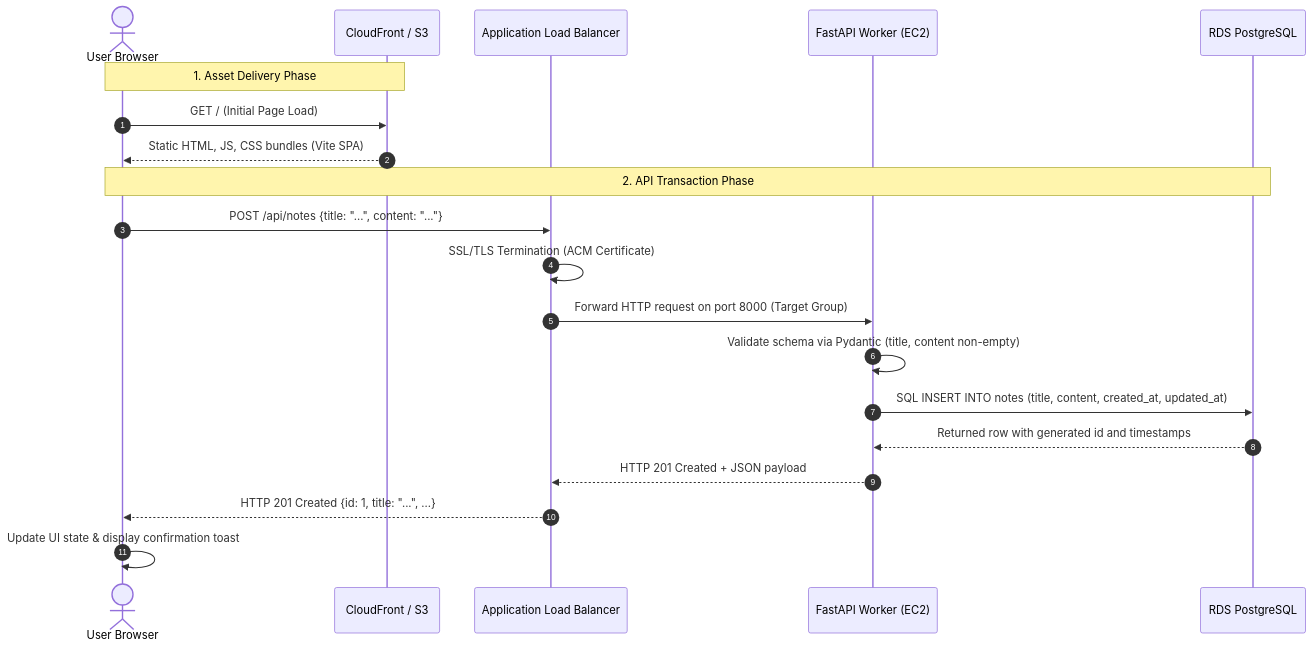
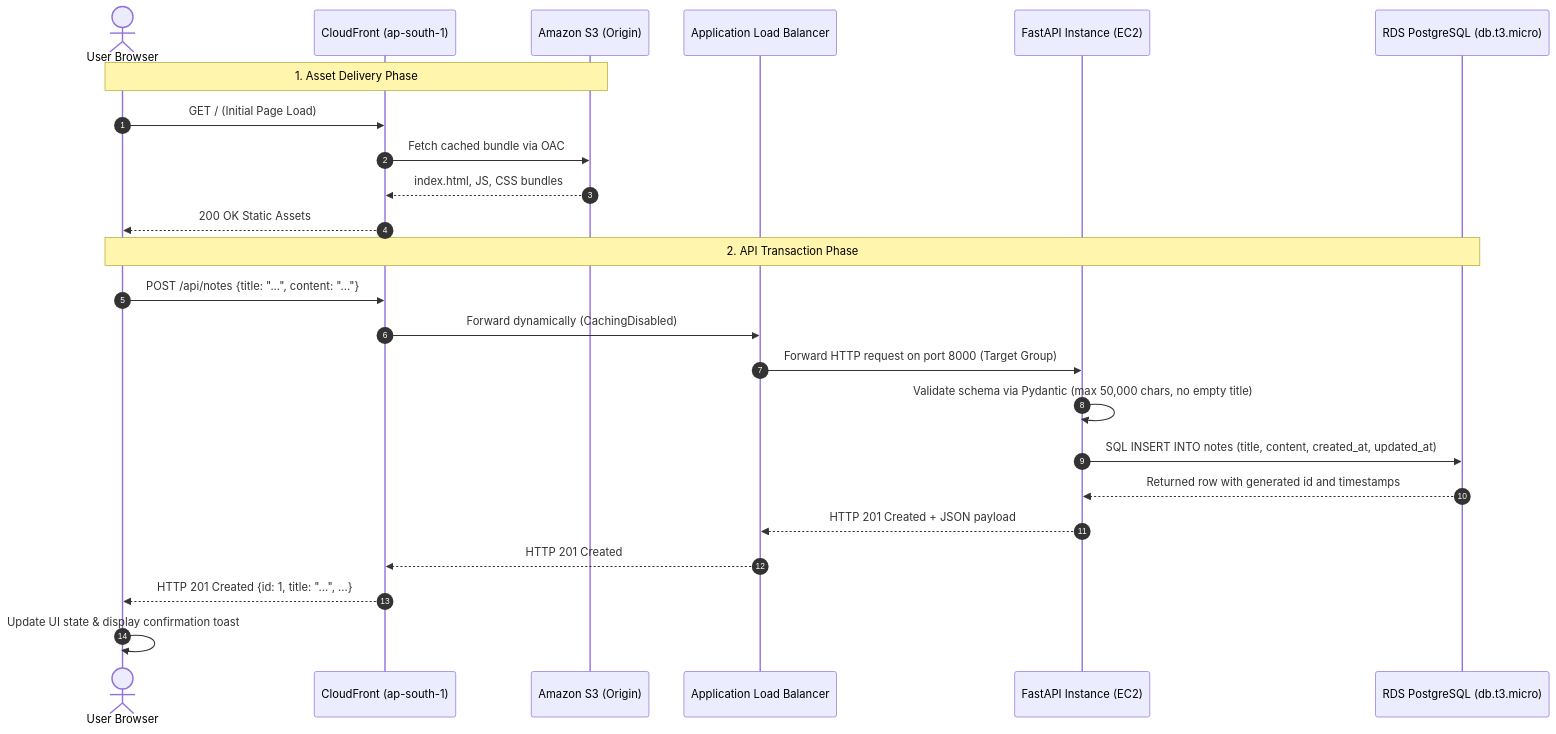
The third of 4 diagrams in docs/ARCHITECTURE.md (Leuizack77/Professional-Level-Cloud-Web-Application), drawn with Mermaid before and after one commit. The commit also changed other lines of this file and 11 other files, not shown here.

````diff
--- a/docs/ARCHITECTURE.md
+++ b/docs/ARCHITECTURE.md
@@ -68,26 +119,30 @@
 ```mermaid
 sequenceDiagram
     autonumber
     actor User as User Browser
-    participant CDN as CloudFront / S3
+    participant CF as CloudFront (ap-south-1)
+    participant S3 as Amazon S3 (Origin)
     participant ALB as Application Load Balancer
-    participant EC2 as FastAPI Worker (EC2)
-    participant RDS as RDS PostgreSQL
+    participant EC2 as FastAPI Instance (EC2)
+    participant RDS as RDS PostgreSQL (db.t3.micro)
 
-    Note over User,CDN: 1. Asset Delivery Phase
-    User->>CDN: GET / (Initial Page Load)
-    CDN-->>User: Static HTML, JS, CSS bundles (Vite SPA)
+    Note over User,S3: 1. Asset Delivery Phase
+    User->>CF: GET / (Initial Page Load)
+    CF->>S3: Fetch cached bundle via OAC
+    S3-->>CF: index.html, JS, CSS bundles
+    CF-->>User: 200 OK Static Assets
 
     Note over User,RDS: 2. API Transaction Phase
-    User->>ALB: POST /api/notes {title: "...", content: "..."}
-    ALB->>ALB: SSL/TLS Termination (ACM Certificate)
+    User->>CF: POST /api/notes {title: "...", content: "..."}
+    CF->>ALB: Forward dynamically (CachingDisabled)
     ALB->>EC2: Forward HTTP request on port 8000 (Target Group)
     
-    EC2->>EC2: Validate schema via Pydantic (title, content non-empty)
+    EC2->>EC2: Validate schema via Pydantic (max 50,000 chars, no empty title)
     EC2->>RDS: SQL INSERT INTO notes (title, content, created_at, updated_at)
     RDS-->>EC2: Returned row with generated id and timestamps
     
     EC2-->>ALB: HTTP 201 Created + JSON payload
-    ALB-->>User: HTTP 201 Created {id: 1, title: "...", ...}
+    ALB-->>CF: HTTP 201 Created
+    CF-->>User: HTTP 201 Created {id: 1, title: "...", ...}
     User->>User: Update UI state & display confirmation toast
 ```
````
